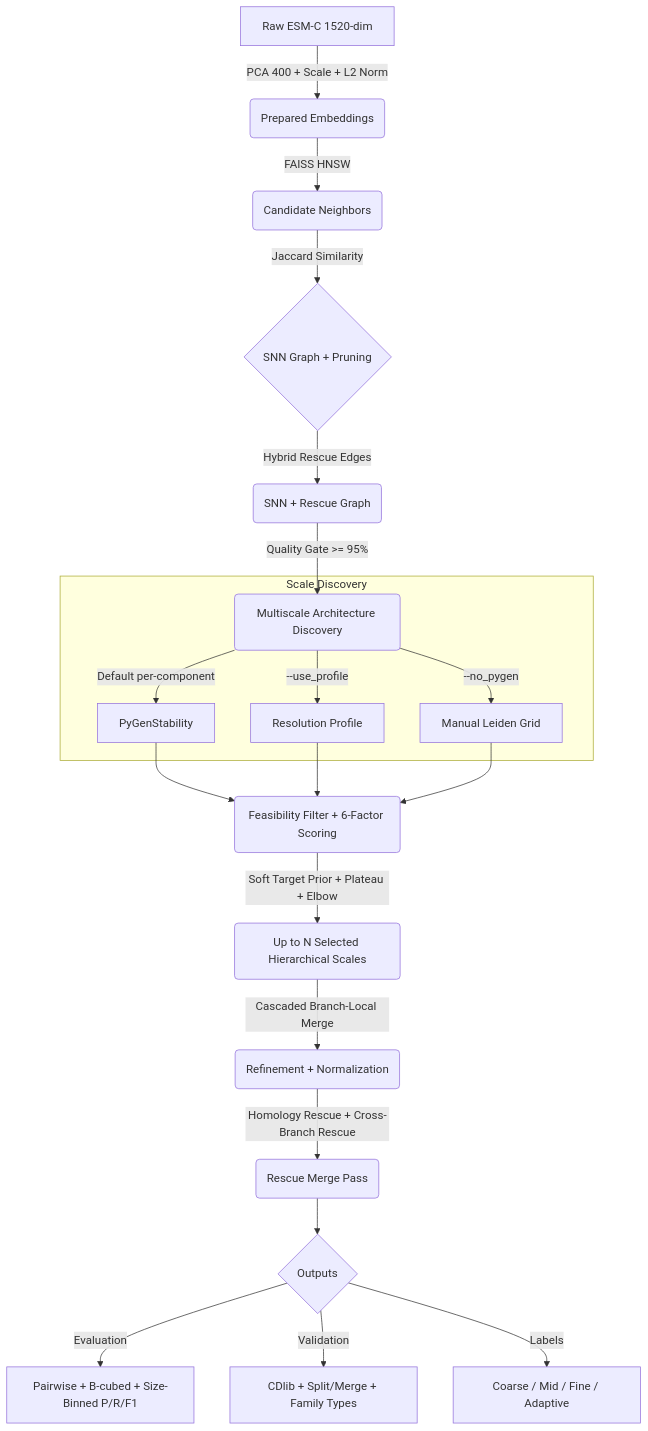
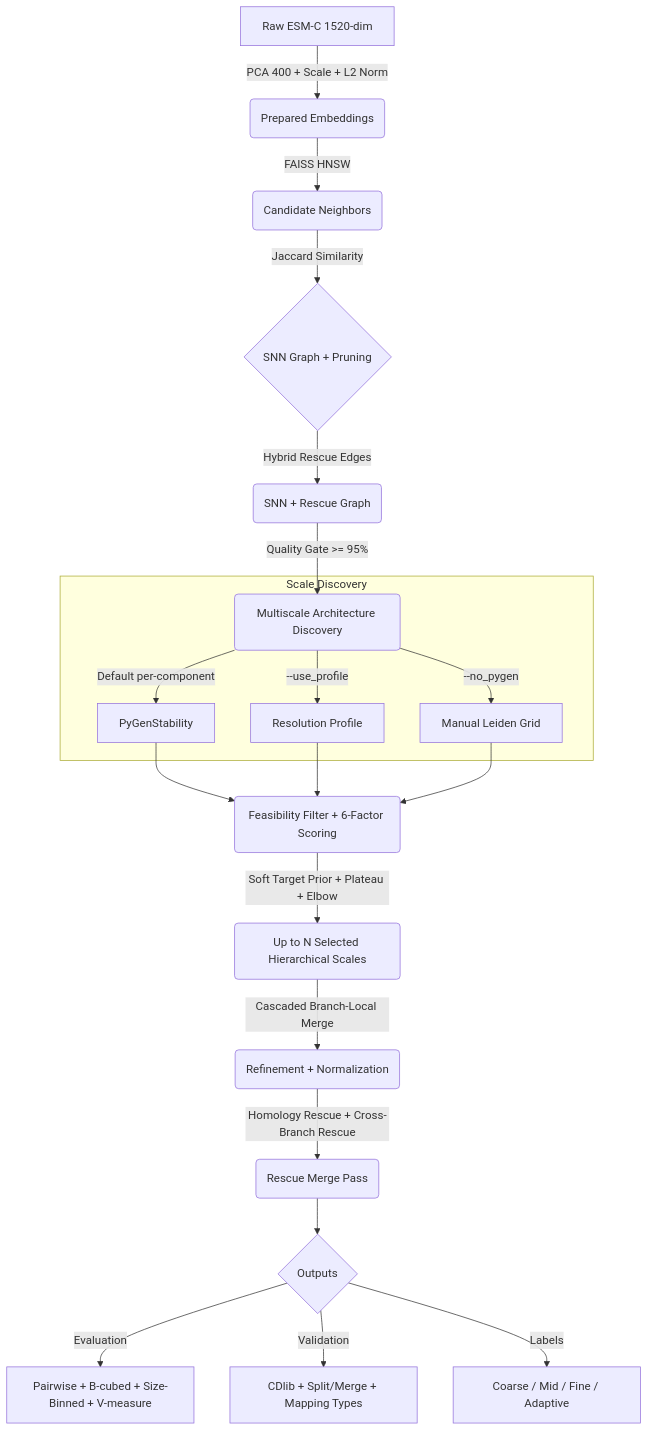
One commit to imsuraj675/EvoCluster changed the diagram in README.md. Above: the diagram before and after it, drawn with Mermaid. The commit also changed other lines of this file and 24 other files, not shown here.

````diff
--- a/README.md
+++ b/README.md
@@ -74,27 +74,27 @@
 ```mermaid
 graph TD
     A[Raw ESM-C 1520-dim] -->|PCA 400 + Scale + L2 Norm| B(Prepared Embeddings)
     B -->|FAISS HNSW| C(Candidate Neighbors)
     C -->|Jaccard Similarity| D{SNN Graph + Pruning}
     D -->|Hybrid Rescue Edges| D2(SNN + Rescue Graph)
     D2 -->|Quality Gate >= 95%| E(Multiscale Architecture Discovery)
     
     subgraph Scale Discovery
         E -->|Default per-component| F1[PyGenStability]
         E -->|--use_profile| F2[Resolution Profile]
         E -->|--no_pygen| F3[Manual Leiden Grid]
     end
     
     F1 --> G(Feasibility Filter + 6-Factor Scoring)
     F2 --> G
     F3 --> G
     
     G -->|Soft Target Prior + Plateau + Elbow| H(Up to N Selected Hierarchical Scales)
     H -->|Cascaded Branch-Local Merge| I(Refinement + Normalization)
     I -->|Homology Rescue + Cross-Branch Rescue| I2(Rescue Merge Pass)
     I2 --> J{Outputs}
     
-    J -->|Evaluation| K1[Pairwise + B-cubed + Size-Binned P/R/F1]
-    J -->|Validation| K2[CDlib + Split/Merge + Family Types]
+    J -->|Evaluation| K1[Pairwise + B-cubed + Size-Binned + V-measure]
+    J -->|Validation| K2[CDlib + Split/Merge + Mapping Types]
     J -->|Labels| K3[Coarse / Mid / Fine / Adaptive]
 ```
````
